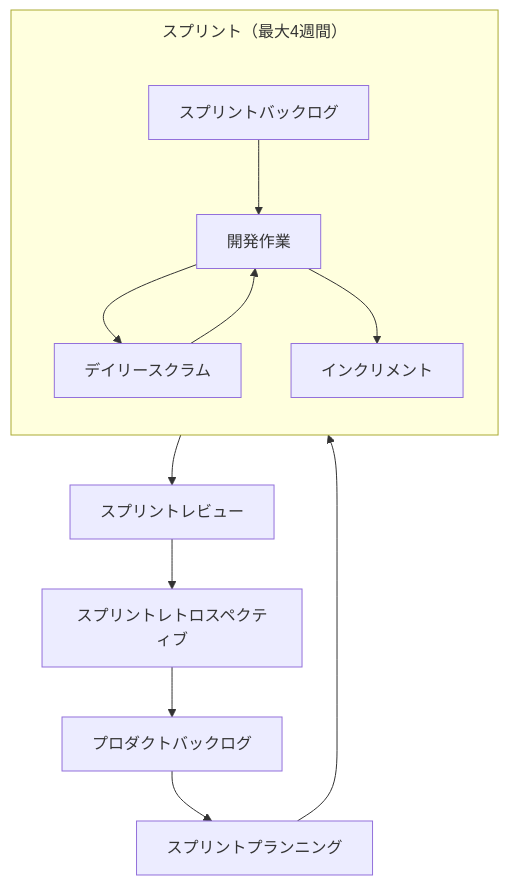
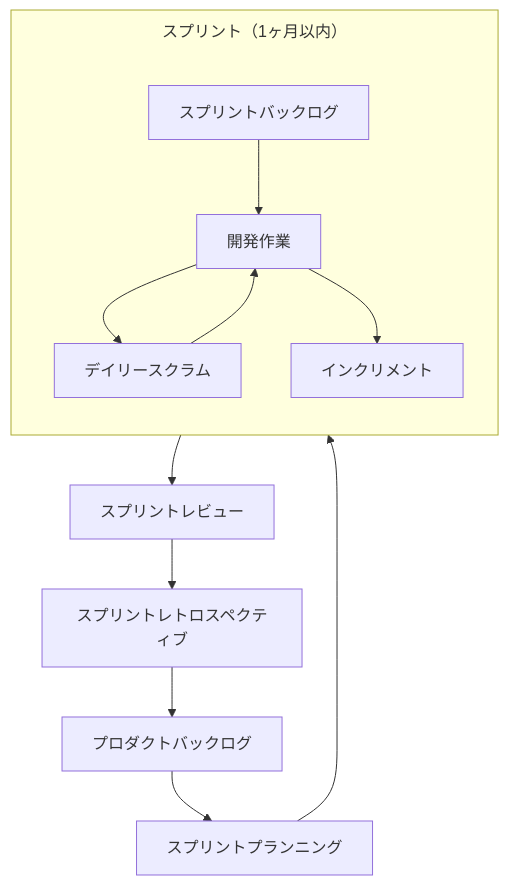
The second of 5 diagrams in Scrum-97-things-guide.md (myoshi2891/Management-Team-Building-Studies), drawn with Mermaid before and after one commit. The commit also changed other lines of this file, not shown here.

````diff
--- a/Scrum-97-things-guide.md
+++ b/Scrum-97-things-guide.md
@@ -258,16 +264,16 @@
 ```mermaid
 %%{init: {'flowchart': {'subGraphTitleMargin': {'top': 10, 'bottom': 28}}} }%%
 flowchart TB
     PB["プロダクトバックログ"] --> SP["スプリントプランニング"]
     SP --> SB["スプリントバックログ"]
-    subgraph SPRINT["スプリント（最大4週間）"]
+    subgraph SPRINT["スプリント（1ヶ月以内）"]
         direction TB
         SB --> DEV["開発作業"]
         DEV --> DS["デイリースクラム"]
         DS --> DEV
         DEV --> INC["インクリメント"]
     end
     INC --> SR["スプリントレビュー"]
     SR --> RETRO["スプリントレトロスペクティブ"]
     RETRO --> PB
 ```
````
